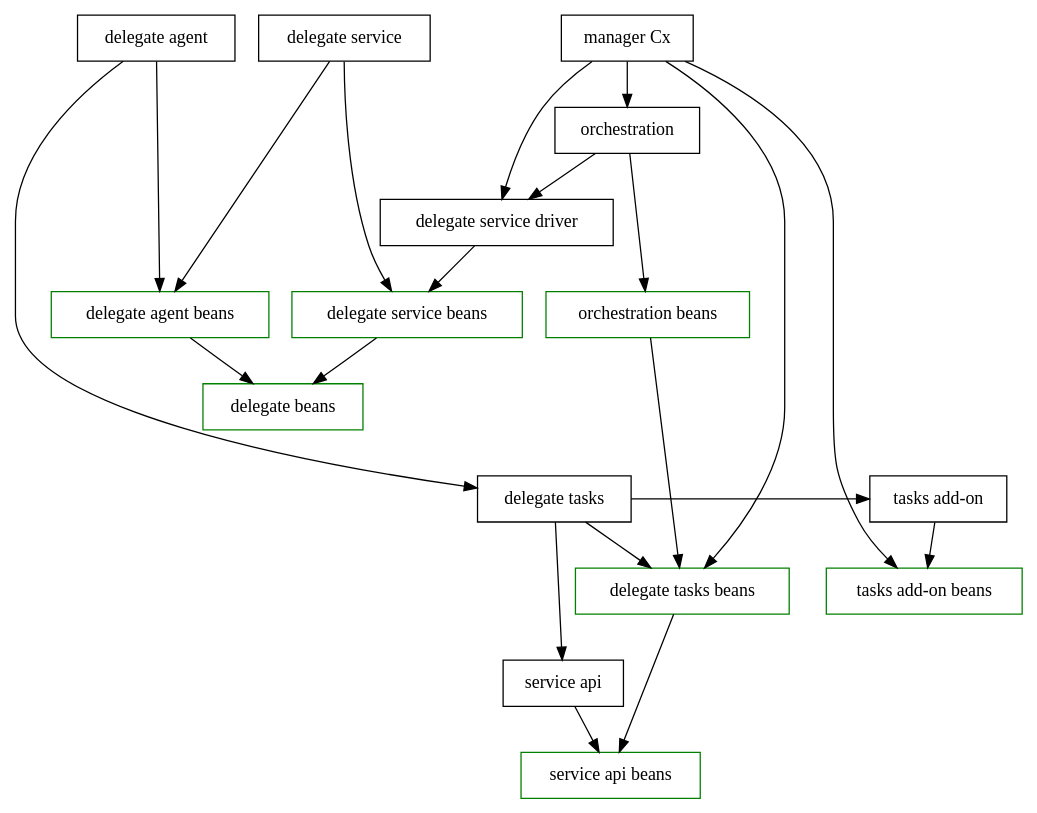
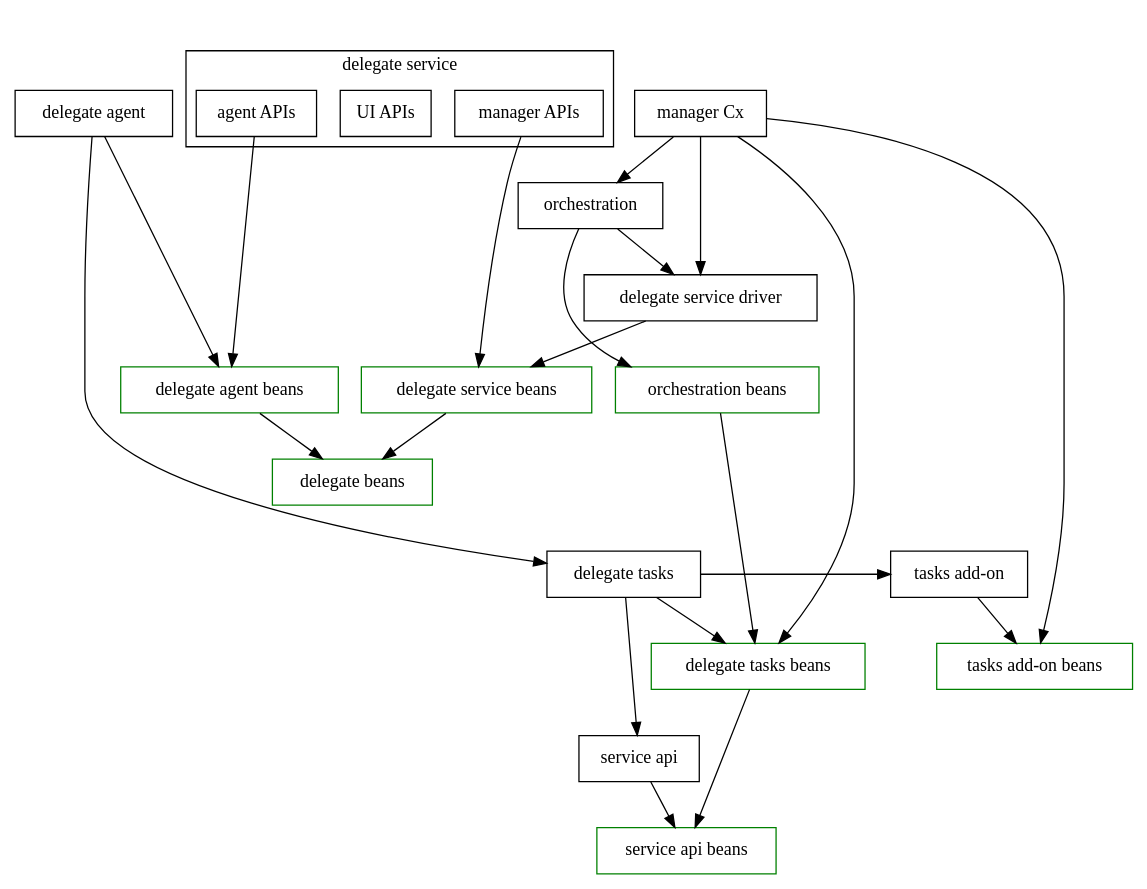
The diagram in img/graphviz/layers.dot (pranay-harness/harness-core), drawn with Graphviz before and after one commit.

Commit message:
[DEL-0]: update layering graph (#17537)

```diff
--- a/img/graphviz/layers.dot
+++ b/img/graphviz/layers.dot
@@ -1,78 +1,90 @@
 digraph G {
   compound=true;
+  newrank=true;
 
   service_api_beans [shape=rect color=green label="service api beans"];
 
   service_api [shape=rect label="service api"];
 
   subgraph {
     rank=same
     delegate_tasks_beans [shape=rect color=green label="delegate tasks beans"];
     tasks_add_on_beans [shape=rect color=green label="tasks add-on beans"];
   }
 
   subgraph {
     rank=same
     delegate_tasks [shape=rect label="delegate tasks"];
     tasks_add_on [shape=rect label="tasks add-on"];
   }
 
   delegate_beans [shape=rect color=green label="delegate beans"];
 
   orchestration_beans [shape=rect color=green label="orchestration beans"];
 
   orchestration [shape=rect label="orchestration"];
 
   delegate_service_driver [shape=rect label="delegate service driver"];
 
   subgraph {
     rank=same
     delegate_agent_beans [shape=rect color=green label="delegate agent beans"];
     delegate_service_beans [shape=rect color=green label="delegate service beans"];
   }
 
+  subgraph cluster_delegate_service
+  {
+	label = "delegate service";
+
+    rank=same
+    delegate_service_agent [shape=rect label="agent APIs"];
+    delegate_service_ui [shape=rect label="UI APIs"];
+    delegate_service_managers [shape=rect label="manager APIs"];
+  }
+
   subgraph {
     rank=same
     edge[style=invis];
     delegate_agent [shape=rect label="delegate agent"];
-    delegate_service [shape=rect label="delegate service"];
     manager_cx [shape=rect label="manager Cx"];
-    delegate_agent -> delegate_service-> manager_cx;
+    delegate_agent -> manager_cx;
   }
+
+  delegate_service_managers -> orchestration[style=invis];
 
 
   service_api -> service_api_beans;
 
   delegate_tasks -> tasks_add_on;
 
   delegate_tasks_beans -> service_api_beans;
 
   delegate_tasks -> delegate_tasks_beans;
   tasks_add_on -> tasks_add_on_beans;
 
   delegate_tasks -> service_api [minlen=2];
 
   delegate_agent_beans-> delegate_beans;
 
   delegate_service_beans-> delegate_beans;
 
   orchestration_beans -> delegate_tasks_beans;
 
   orchestration -> delegate_service_driver;
 
   orchestration -> orchestration_beans;
 
   delegate_agent -> delegate_agent_beans;
   delegate_agent -> delegate_tasks [minlen=5];
 
   delegate_service_driver -> delegate_service_beans;
 
-  delegate_service -> delegate_service_beans;
-  delegate_service -> delegate_agent_beans;
+  delegate_service_managers -> delegate_service_beans;
+  delegate_service_agent -> delegate_agent_beans;
 
   manager_cx -> delegate_service_driver;
   manager_cx -> delegate_tasks_beans;
   manager_cx -> tasks_add_on_beans;
 
   manager_cx -> orchestration;
 }
```
